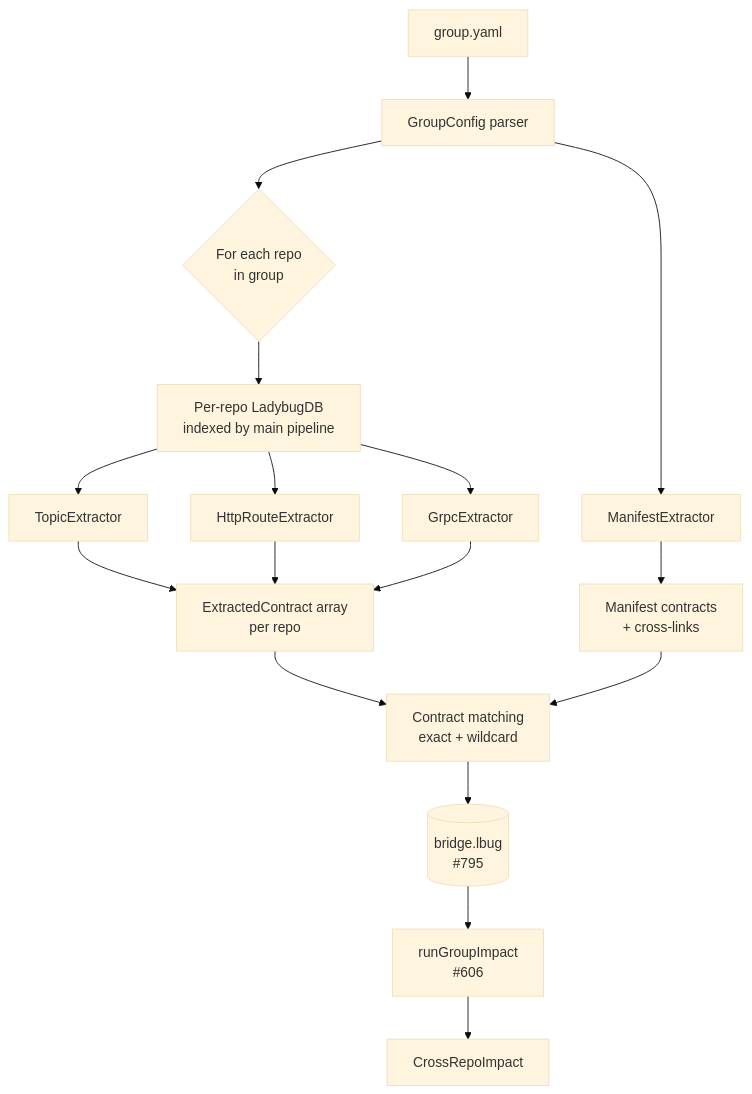
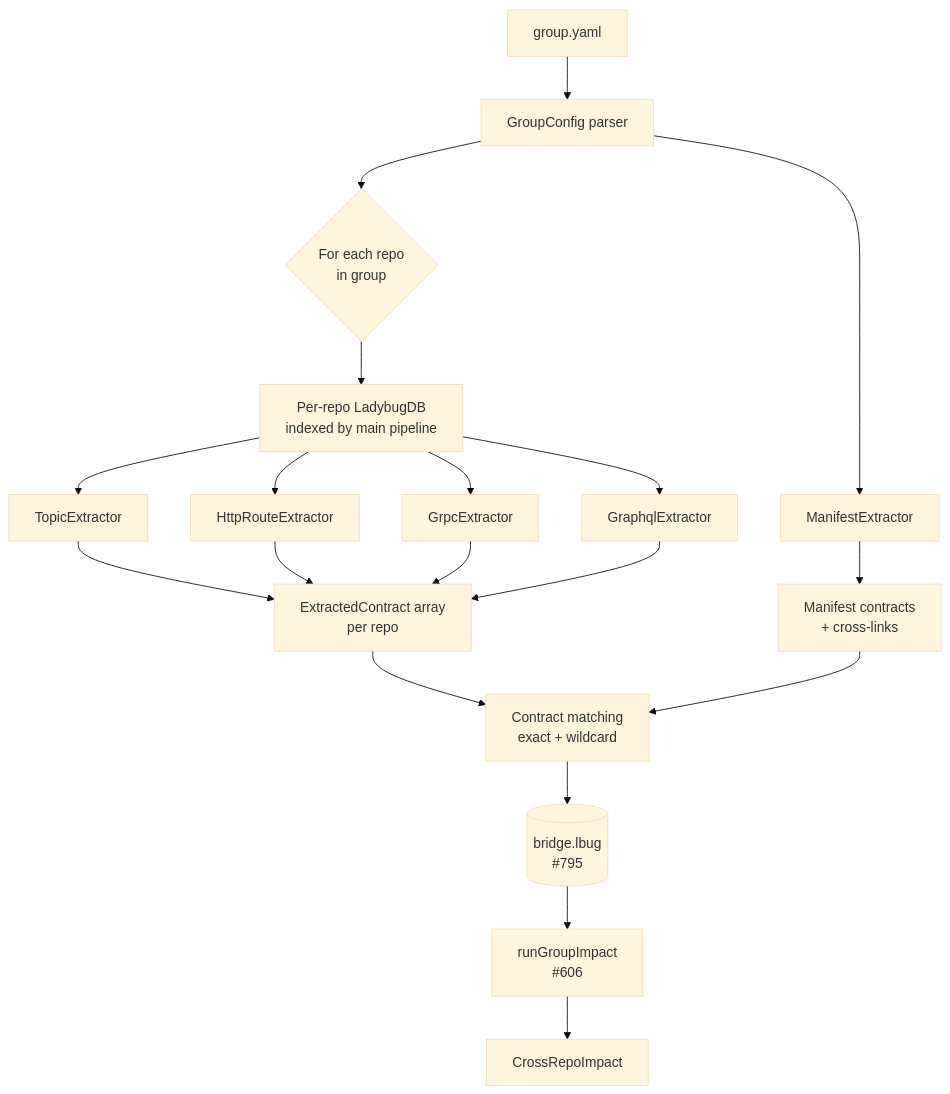
One commit to abhigyanpatwari/GitNexus changed the first of 6 diagrams in gitnexus/src/core/group/PIPELINE.md. Above: the diagram before and after it, drawn with Mermaid (base theme). The commit also changed other lines of this file and 19 other files, not shown here.

Commit message:
feat(group): add GraphQL contract extraction

````diff
--- a/gitnexus/src/core/group/PIPELINE.md
+++ b/gitnexus/src/core/group/PIPELINE.md
@@ -10,25 +10,27 @@
 ```mermaid
 flowchart TD
   A[group.yaml] --> B[GroupConfig parser]
   B --> C{For each repo<br/>in group}
   C --> D[Per-repo LadybugDB<br/>indexed by main pipeline]
 
   D --> E1[TopicExtractor]
   D --> E2[HttpRouteExtractor]
   D --> E3[GrpcExtractor]
+  D --> E4[GraphqlExtractor]
 
   E1 --> F[ExtractedContract array<br/>per repo]
   E2 --> F
   E3 --> F
+  E4 --> F
 
   B --> M[ManifestExtractor]
   M --> G[Manifest contracts<br/>+ cross-links]
 
   F --> H[Contract matching<br/>exact + wildcard]
   G --> H
 
   H --> I[(bridge.lbug<br/>#795)]
 
   I --> J[runGroupImpact<br/>#606]
   J --> K[CrossRepoImpact]
 ```
````
